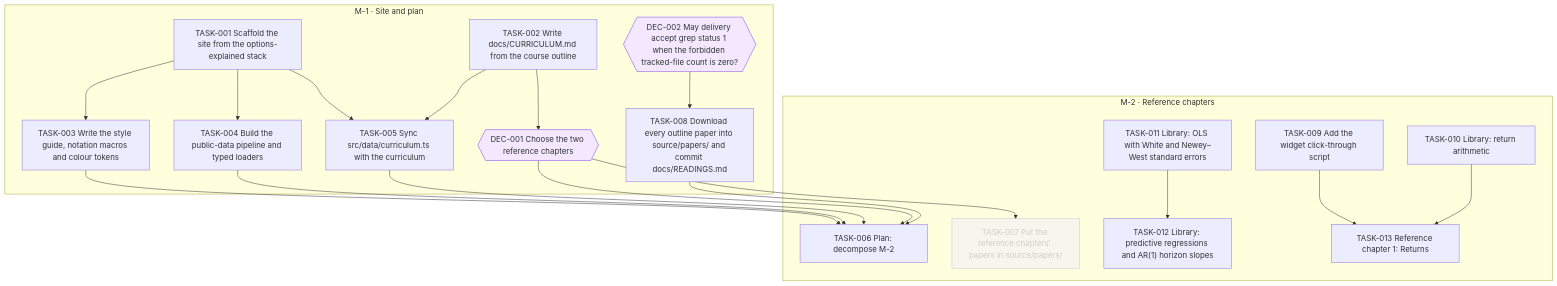
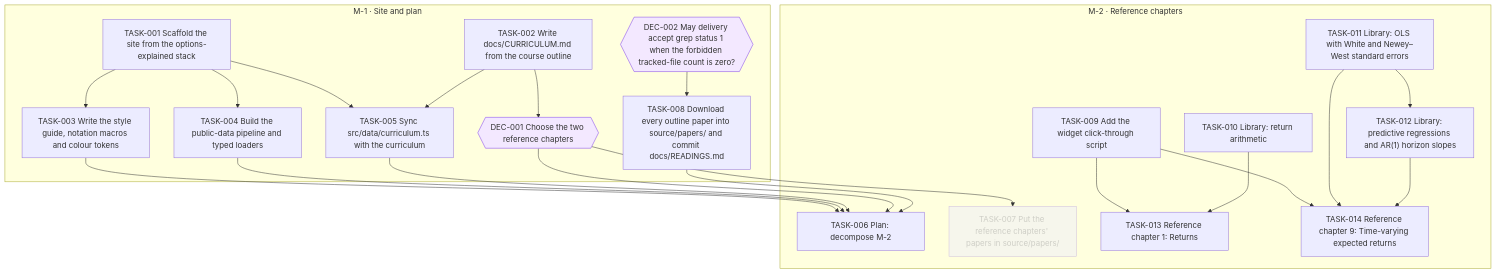
The diagram in goals/course-site/README.md (all-explained/empirical-finance-lbs), drawn with Mermaid before and after one commit. The commit also changed 1 other file, not shown here.

Commit message:
goal(course-site): add TASK-014 Reference chapter 9: Time-varying expected returns

````diff
--- a/goals/course-site/README.md
+++ b/goals/course-site/README.md
@@ -39,43 +39,47 @@
 ```mermaid
 flowchart TD
   subgraph M_1["M-1 · Site and plan"]
     DEC_001{{"DEC-001 Choose the two reference chapters"}}
     DEC_002{{"DEC-002 May delivery accept grep status 1 when the forbidden tracked-file count is zero?"}}
     TASK_001["TASK-001 Scaffold the site from the options-explained stack"]
     TASK_002["TASK-002 Write docs/CURRICULUM.md from the course outline"]
     TASK_003["TASK-003 Write the style guide, notation macros and colour tokens"]
     TASK_004["TASK-004 Build the public-data pipeline and typed loaders"]
     TASK_005["TASK-005 Sync src/data/curriculum.ts with the curriculum"]
     TASK_008["TASK-008 Download every outline paper into source/papers/ and commit docs/READINGS.md"]
   end
   subgraph M_2["M-2 · Reference chapters"]
     TASK_006["TASK-006 Plan: decompose M-2"]
     TASK_007["TASK-007 Put the reference chapters' papers in source/papers/"]
     TASK_009["TASK-009 Add the widget click-through script"]
     TASK_010["TASK-010 Library: return arithmetic"]
     TASK_011["TASK-011 Library: OLS with White and Newey–West standard errors"]
     TASK_012["TASK-012 Library: predictive regressions and AR(1) horizon slopes"]
     TASK_013["TASK-013 Reference chapter 1: Returns"]
+    TASK_014["TASK-014 Reference chapter 9: Time-varying expected returns"]
   end
   TASK_002 --> DEC_001
   TASK_001 --> TASK_003
   TASK_001 --> TASK_004
   TASK_001 --> TASK_005
   TASK_002 --> TASK_005
   TASK_003 --> TASK_006
   TASK_004 --> TASK_006
   TASK_005 --> TASK_006
   DEC_001 --> TASK_006
   TASK_008 --> TASK_006
   DEC_001 --> TASK_007
   DEC_002 --> TASK_008
   TASK_011 --> TASK_012
   TASK_009 --> TASK_013
   TASK_010 --> TASK_013
+  TASK_009 --> TASK_014
+  TASK_011 --> TASK_014
+  TASK_012 --> TASK_014
   classDef draft stroke-dasharray: 4 3
   classDef cancelled opacity:0.45
   classDef decision fill:#f3e8ff,stroke:#7c3aed
   class TASK_007 cancelled
   class DEC_001 decision
   class DEC_002 decision
 ```
````
